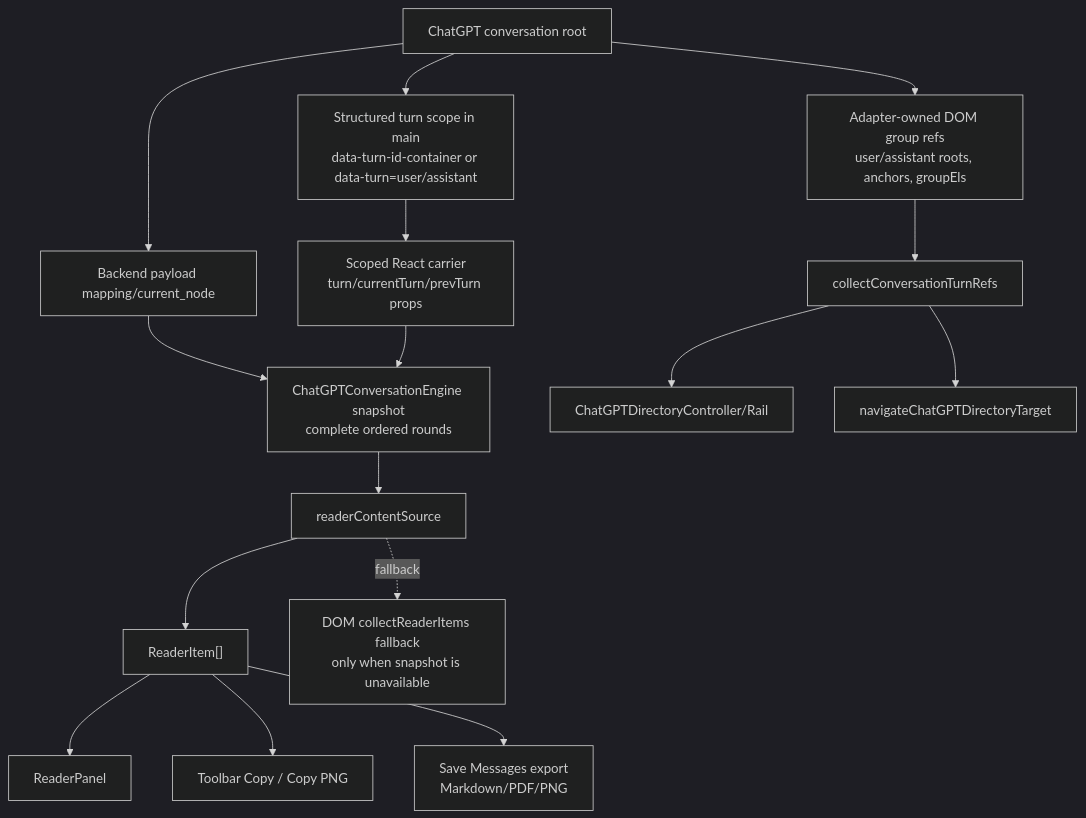
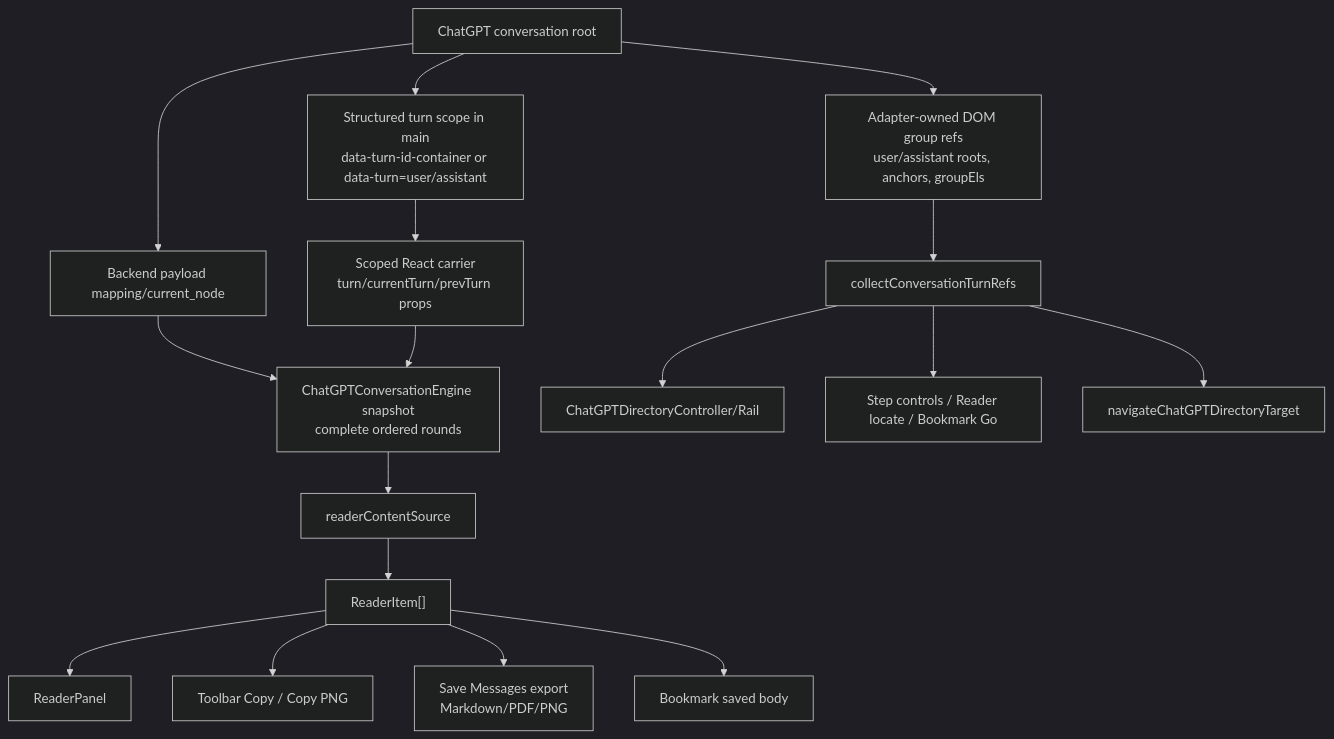
One commit to zhaoliangbin42/AI-MarkDone changed the diagram in docs/architecture/CURRENT_STATE.md. Above: the diagram before and after it, drawn with Mermaid (dark theme). The commit also changed other lines of this file and 21 other files, not shown here.

````diff
--- a/docs/architecture/CURRENT_STATE.md
+++ b/docs/architecture/CURRENT_STATE.md
@@ -91,34 +91,36 @@
 ```mermaid
 flowchart TD
     Root["ChatGPT conversation root"]
     Payload["Backend payload mapping/current_node"]
     Scope["Structured turn scope in main<br/>data-turn-id-container or data-turn=user/assistant"]
     Carrier["Scoped React carrier<br/>turn/currentTurn/prevTurn props"]
     Snapshot["ChatGPTConversationEngine snapshot<br/>complete ordered rounds"]
     ReaderSource["readerContentSource"]
     ReaderItems["ReaderItem[]"]
     Reader["ReaderPanel"]
     ToolbarCopy["Toolbar Copy / Copy PNG"]
     Export["Save Messages export<br/>Markdown/PDF/PNG"]
+    BookmarkBody["Bookmark saved body"]
     AdapterGroups["Adapter-owned DOM group refs<br/>user/assistant roots, anchors, groupEls"]
     TurnRefs["collectConversationTurnRefs"]
     Directory["ChatGPTDirectoryController/Rail"]
+    StepControls["Step controls / Reader locate / Bookmark Go"]
     Navigation["navigateChatGPTDirectoryTarget"]
-    DomFallback["DOM collectReaderItems fallback<br/>only when snapshot is unavailable"]
 
     Root --> Payload
     Root --> Scope
     Scope --> Carrier
     Payload --> Snapshot
     Carrier --> Snapshot
     Snapshot --> ReaderSource
     ReaderSource --> ReaderItems
     ReaderItems --> Reader
     ReaderItems --> ToolbarCopy
     ReaderItems --> Export
+    ReaderItems --> BookmarkBody
     Root --> AdapterGroups
     AdapterGroups --> TurnRefs
     TurnRefs --> Directory
+    TurnRefs --> StepControls
     TurnRefs --> Navigation
-    ReaderSource -. fallback .-> DomFallback
 ```
````
